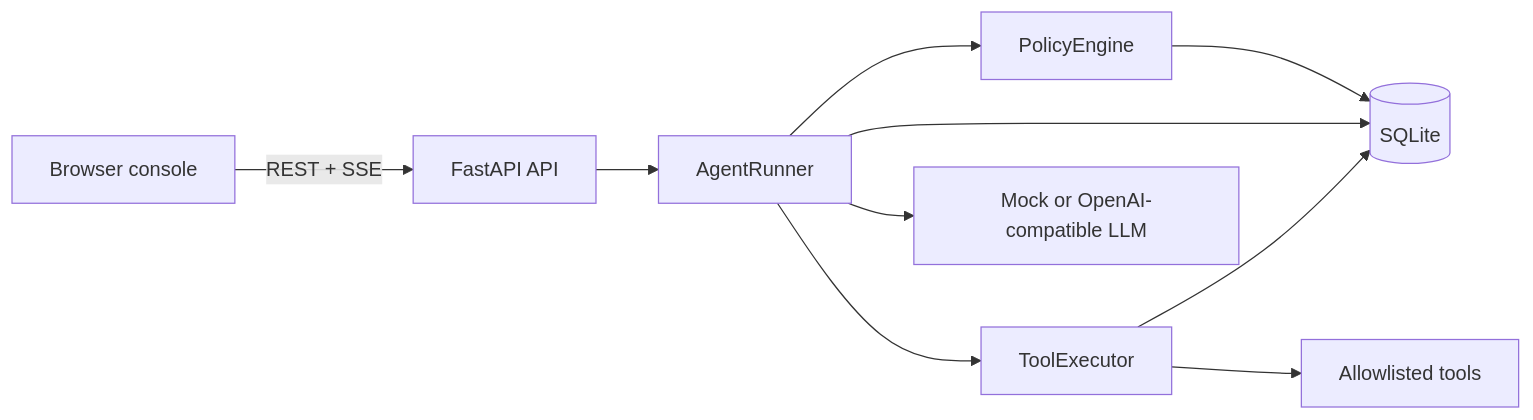
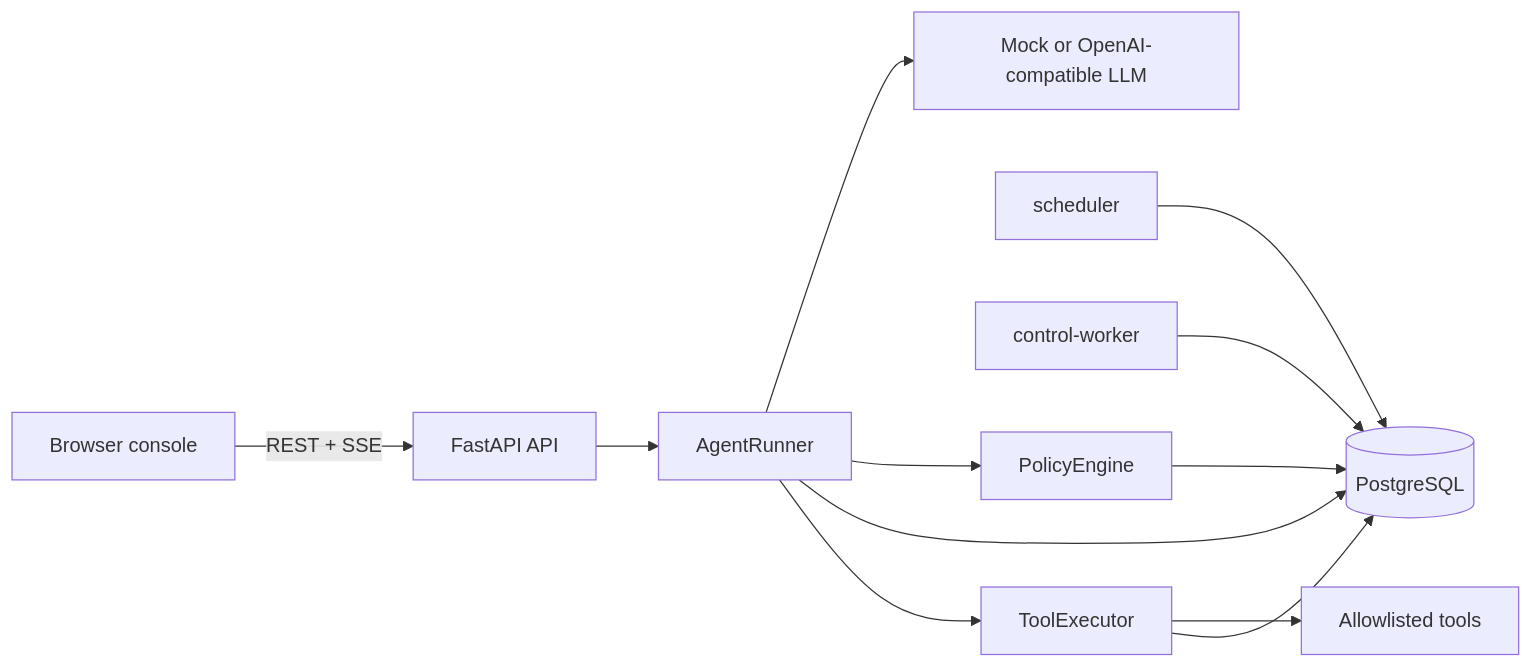
Before and after one commit to Caser-86/agentgate-control-plane: the first of 4 diagrams in docs/architecture.md, drawn with Mermaid. The commit also changed other lines of this file and 15 other files, not shown here.

````diff
--- a/docs/architecture.md
+++ b/docs/architecture.md
@@ -7,21 +7,25 @@
 ```mermaid
 flowchart LR
     Browser[Browser console]
     API[FastAPI API]
     Runner[AgentRunner]
     Policy[PolicyEngine]
-    DB[(SQLite)]
+    DB[(PostgreSQL)]
+    Scheduler[scheduler]
+    ControlWorker[control-worker]
     Executor[ToolExecutor]
     Tools[Allowlisted tools]
     LLM[Mock or OpenAI-compatible LLM]
 
     Browser -->|REST + SSE| API
     API --> Runner
     Runner --> LLM
     Runner --> Policy
     Policy --> DB
     Runner --> DB
     Runner --> Executor
     Executor --> Tools
     Executor --> DB
+    Scheduler --> DB
+    ControlWorker --> DB
 ```
````
